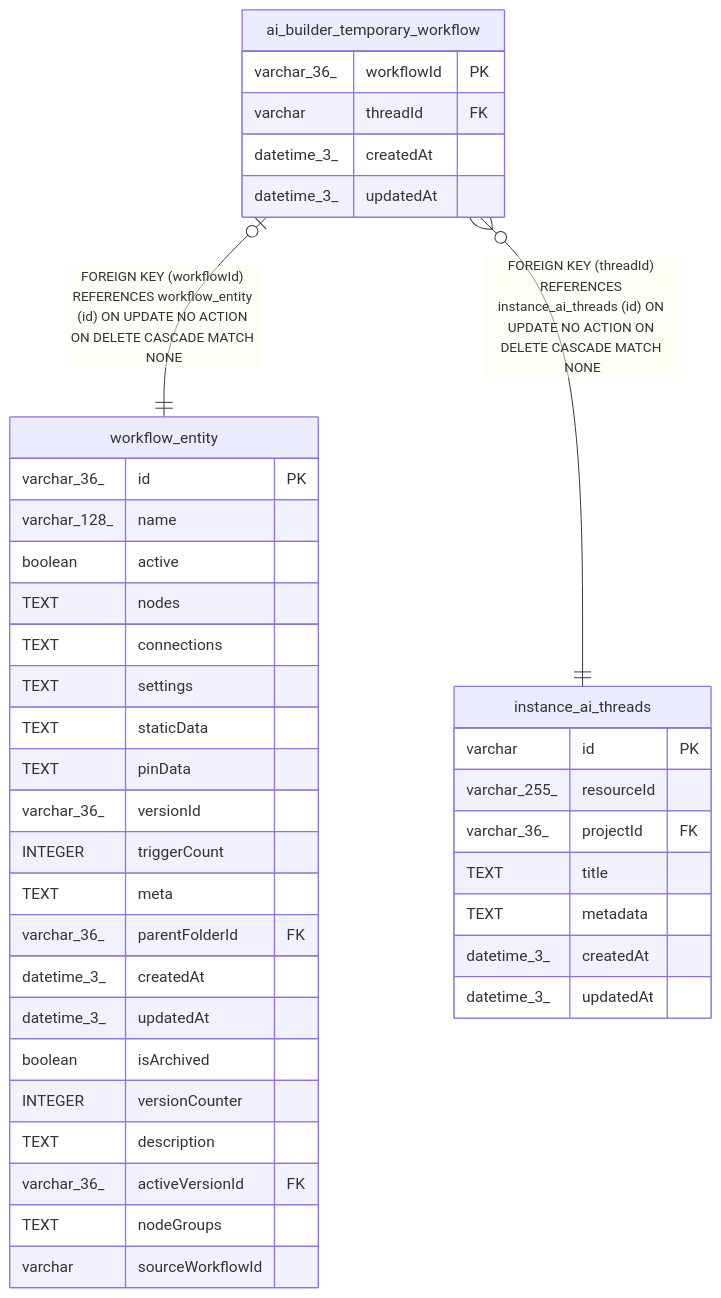
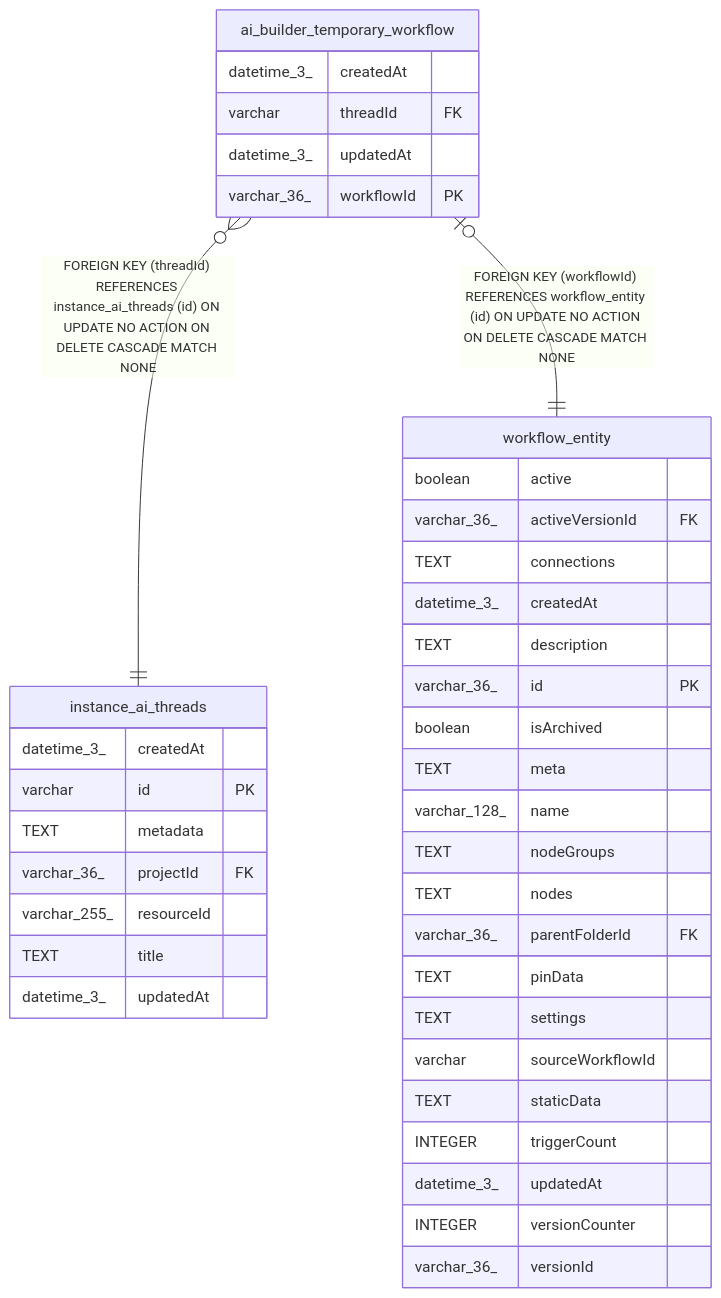
Before and after one commit to mayankjain1815-commits/n8n: the diagram in docs/generated/sqlite-schema/ai_builder_temporary_workflow.md, drawn with Mermaid. The commit also changed other lines of this file and 221 other files, not shown here.

Commit message:
chore(core): Make DB schema docs generation deterministic (#32373)

````diff
--- a/docs/generated/sqlite-schema/ai_builder_temporary_workflow.md
+++ b/docs/generated/sqlite-schema/ai_builder_temporary_workflow.md
@@ -41,44 +41,44 @@
 ```mermaid
 erDiagram
 
+"ai_builder_temporary_workflow" }o--|| "instance_ai_threads" : "FOREIGN KEY (threadId) REFERENCES instance_ai_threads (id) ON UPDATE NO ACTION ON DELETE CASCADE MATCH NONE"
 "ai_builder_temporary_workflow" |o--|| "workflow_entity" : "FOREIGN KEY (workflowId) REFERENCES workflow_entity (id) ON UPDATE NO ACTION ON DELETE CASCADE MATCH NONE"
-"ai_builder_temporary_workflow" }o--|| "instance_ai_threads" : "FOREIGN KEY (threadId) REFERENCES instance_ai_threads (id) ON UPDATE NO ACTION ON DELETE CASCADE MATCH NONE"
 
 "ai_builder_temporary_workflow" {
+  datetime_3_ createdAt
+  varchar threadId FK
+  datetime_3_ updatedAt
   varchar_36_ workflowId PK
-  varchar threadId FK
+}
+"instance_ai_threads" {
   datetime_3_ createdAt
+  varchar id PK
+  TEXT metadata
+  varchar_36_ projectId FK
+  varchar_255_ resourceId
+  TEXT title
   datetime_3_ updatedAt
 }
 "workflow_entity" {
+  boolean active
+  varchar_36_ activeVersionId FK
+  TEXT connections
+  datetime_3_ createdAt
+  TEXT description
   varchar_36_ id PK
+  boolean isArchived
+  TEXT meta
   varchar_128_ name
-  boolean active
+  TEXT nodeGroups
   TEXT nodes
-  TEXT connections
+  varchar_36_ parentFolderId FK
+  TEXT pinData
   TEXT settings
+  varchar sourceWorkflowId
   TEXT staticData
-  TEXT pinData
+  INTEGER triggerCount
+  datetime_3_ updatedAt
+  INTEGER versionCounter
   varchar_36_ versionId
-  INTEGER triggerCount
-  TEXT meta
-  varchar_36_ parentFolderId FK
-  datetime_3_ createdAt
-  datetime_3_ updatedAt
-  boolean isArchived
-  INTEGER versionCounter
-  TEXT description
-  varchar_36_ activeVersionId FK
-  TEXT nodeGroups
-  varchar sourceWorkflowId
-}
-"instance_ai_threads" {
-  varchar id PK
-  varchar_255_ resourceId
-  varchar_36_ projectId FK
-  TEXT title
-  TEXT metadata
-  datetime_3_ createdAt
-  datetime_3_ updatedAt
 }
 ```
````
